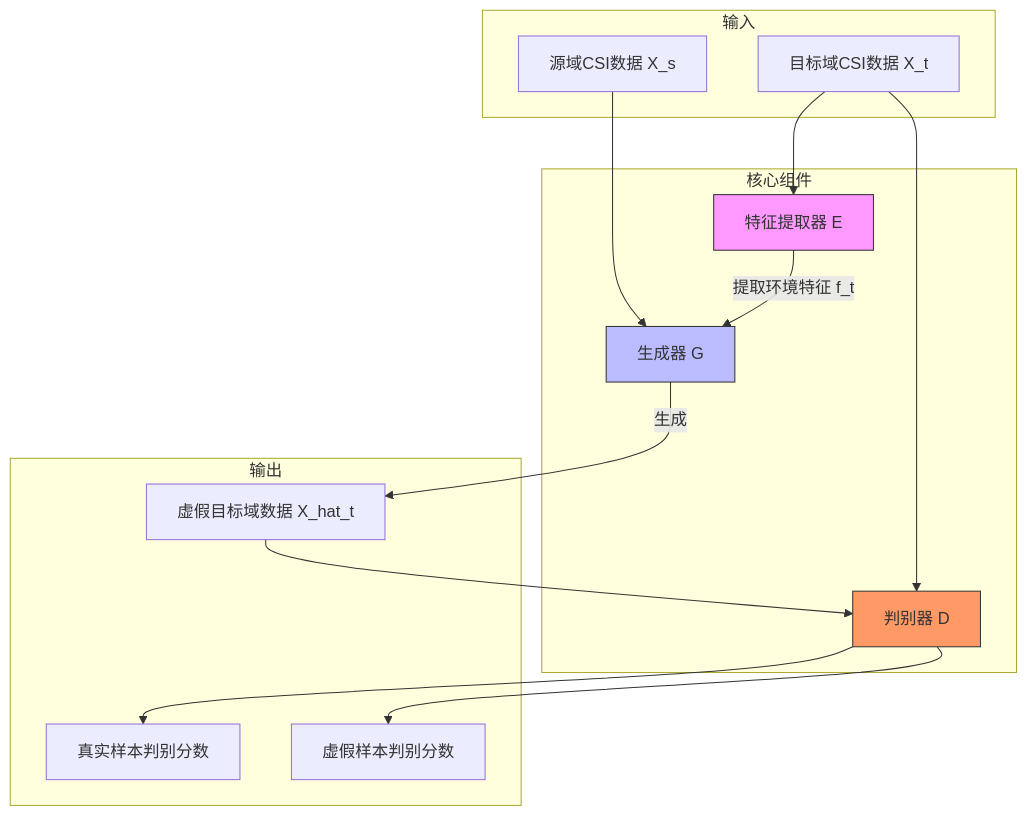
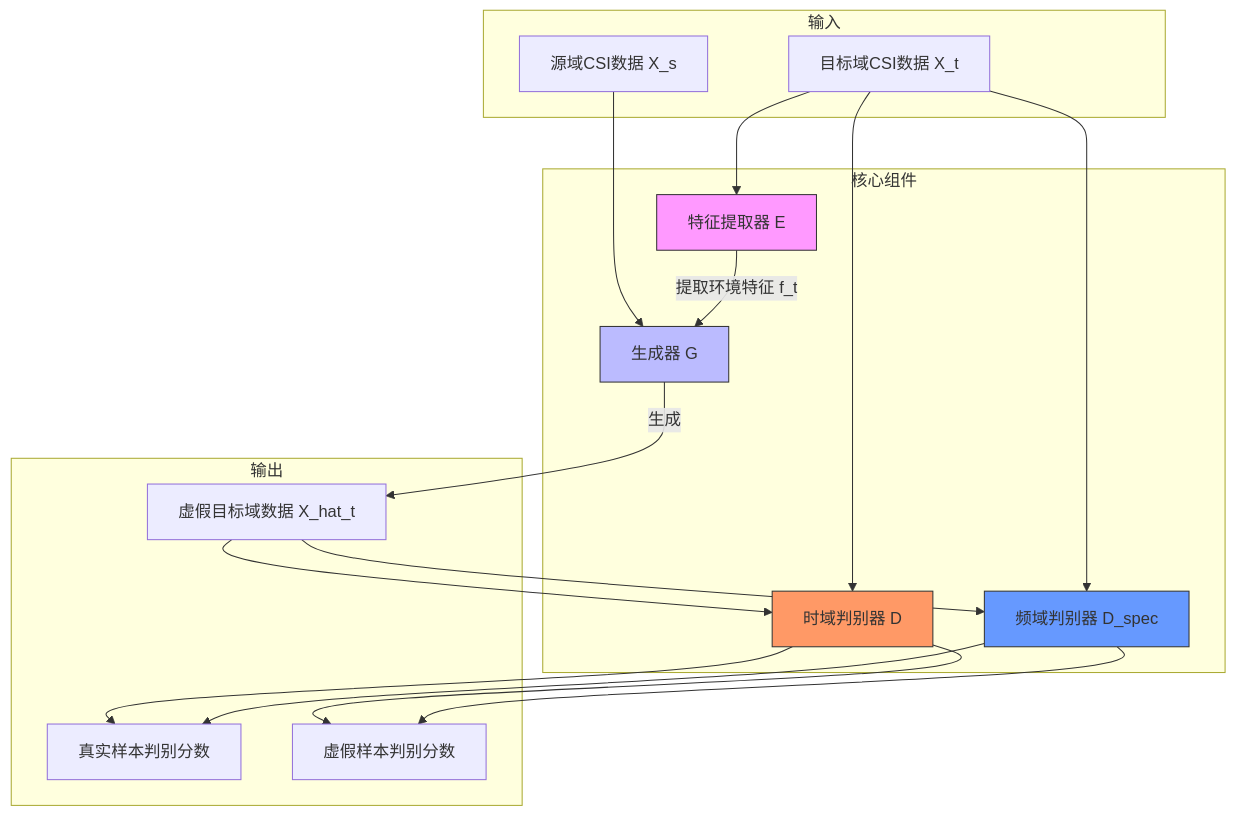
The first of 8 diagrams in .qoder/repowiki/zh/content/生成对抗网络（GAN）模型/生成对抗网络（GAN）模型.md (Opao-heng/CSI), drawn with Mermaid before and after one commit. The commit also changed other lines of this file and 35 other files, not shown here.

````diff
--- a/.qoder/repowiki/zh/content/生成对抗网络（GAN）模型/生成对抗网络（GAN）模型.md
+++ b/.qoder/repowiki/zh/content/生成对抗网络（GAN）模型/生成对抗网络（GAN）模型.md
@@ -33,28 +43,34 @@
 ```mermaid
 graph TB
 subgraph "输入"
 Xs[源域CSI数据 X_s]
 Xt[目标域CSI数据 X_t]
 end
 subgraph "核心组件"
 E[特征提取器 E]
 G[生成器 G]
-D[判别器 D]
+D[时域判别器 D]
+D_spec[频域判别器 D_spec]
 end
 subgraph "输出"
 Xhat[虚假目标域数据 X_hat_t]
 RealScore[真实样本判别分数]
 FakeScore[虚假样本判别分数]
 end
 Xt --> E
 Xs --> G
 E --> |提取环境特征 f_t| G
 G --> |生成| Xhat
 Xhat --> D
+Xhat --> D_spec
 Xt --> D
+Xt --> D_spec
 D --> RealScore
 D --> FakeScore
+D_spec --> RealScore
+D_spec --> FakeScore
 style E fill:#f9f,stroke:#333
 style G fill:#bbf,stroke:#333
 style D fill:#f96,stroke:#333
+style D_spec fill:#69f,stroke:#333
 ```
````
